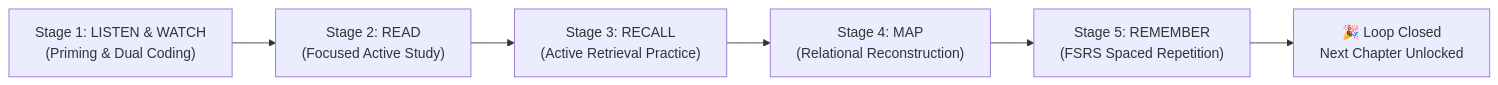
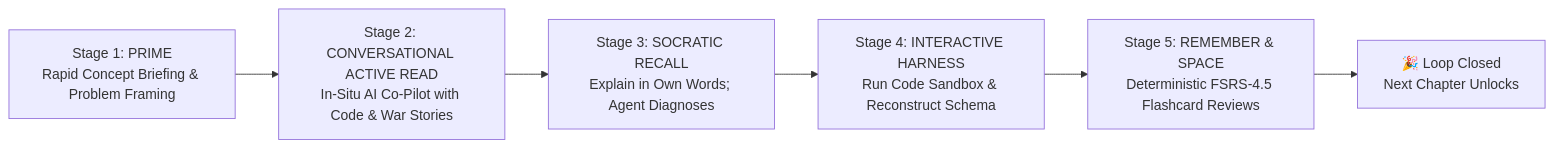
The third of 7 diagrams in plan.md (ansh0014/Mnemos), drawn with Mermaid before and after one commit. The commit also changed other lines of this file and 19 other files, not shown here.

````diff
--- a/plan.md
+++ b/plan.md
@@ -131,8 +132,8 @@
 ```mermaid
 flowchart LR
-    S1["Stage 1: LISTEN & WATCH<br>(Priming & Dual Coding)"] --> S2["Stage 2: READ<br>(Focused Active Study)"]
-    S2 --> S3["Stage 3: RECALL<br>(Active Retrieval Practice)"]
-    S3 --> S4["Stage 4: MAP<br>(Relational Reconstruction)"]
-    S4 --> S5["Stage 5: REMEMBER<br>(FSRS Spaced Repetition)"]
-    S5 --> LoopDone["🎉 Loop Closed<br>Next Chapter Unlocked"]
+    S1["Stage 1: PRIME<br>Rapid Concept Briefing & Problem Framing"] --> S2["Stage 2: CONVERSATIONAL ACTIVE READ<br>In-Situ AI Co-Pilot with Code & War Stories"]
+    S2 --> S3["Stage 3: SOCRATIC RECALL<br>Explain in Own Words; Agent Diagnoses"]
+    S3 --> S4["Stage 4: INTERACTIVE HARNESS<br>Run Code Sandbox & Reconstruct Schema"]
+    S4 --> S5["Stage 5: REMEMBER & SPACE<br>Deterministic FSRS-4.5 Flashcard Reviews"]
+    S5 --> NextLoop["🎉 Loop Closed<br>Next Chapter Unlocks"]
 ```
````
